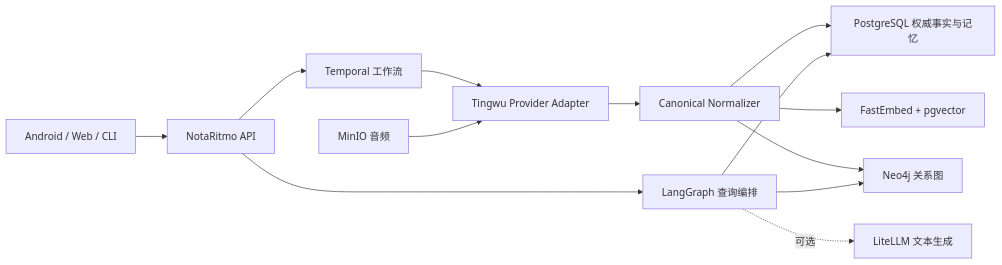
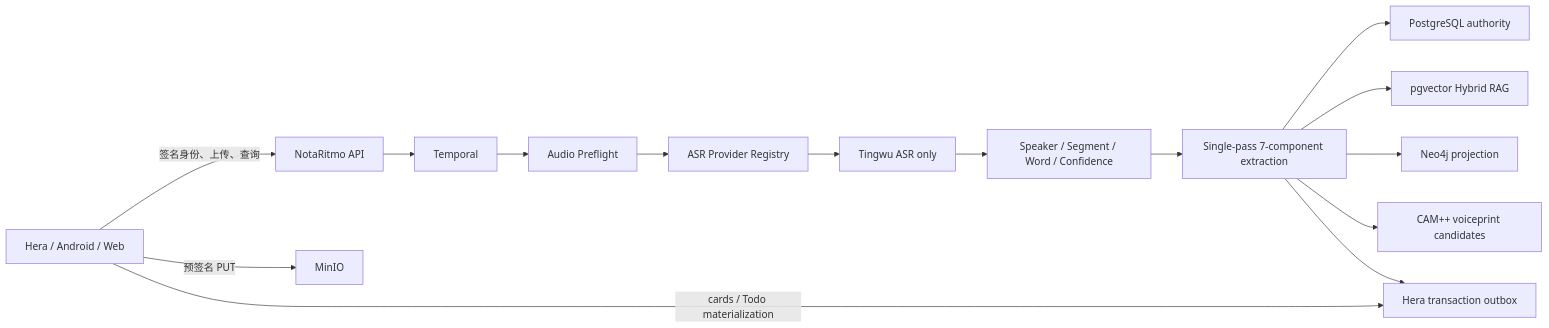
One commit to tianrking/NotaRitmo changed the diagram in docs/ARCHITECTURE.md. Above: the diagram before and after it, drawn with Mermaid. The commit also changed other lines of this file and 2 other files, not shown here.

````diff
--- a/docs/ARCHITECTURE.md
+++ b/docs/ARCHITECTURE.md
@@ -5,15 +5,17 @@
 ```mermaid
 flowchart LR
-    App["Android / Web / CLI"] --> API["NotaRitmo API"]
-    API --> Temporal["Temporal 工作流"]
-    Temporal --> Provider["Tingwu Provider Adapter"]
-    Provider --> Normalizer["Canonical Normalizer"]
-    Normalizer --> PG["PostgreSQL 权威事实与记忆"]
-    Normalizer --> Vector["FastEmbed + pgvector"]
-    Normalizer --> Graph["Neo4j 关系图"]
-    API --> Agent["LangGraph 查询编排"]
-    Agent --> PG
-    Agent --> Graph
-    Agent -.可选.-> LiteLLM["LiteLLM 文本生成"]
-    Audio["MinIO 音频"] --> Provider
+    App["Hera / Android / Web"] -->|"签名身份、上传、查询"| API["NotaRitmo API"]
+    App -->|"预签名 PUT"| MinIO["MinIO"]
+    API --> Temporal["Temporal"]
+    Temporal --> Audio["Audio Preflight"]
+    Audio --> ASR["ASR Provider Registry"]
+    ASR --> Tingwu["Tingwu ASR only"]
+    Tingwu --> Canonical["Speaker / Segment / Word / Confidence"]
+    Canonical --> Extract["Single-pass 7-component extraction"]
+    Extract --> PG["PostgreSQL authority"]
+    Extract --> Vector["pgvector Hybrid RAG"]
+    Extract --> Graph["Neo4j projection"]
+    Extract --> Voice["CAM++ voiceprint candidates"]
+    Extract --> Outbox["Hera transaction outbox"]
+    App -->|"cards / Todo materialization"| Outbox
 ```
````
